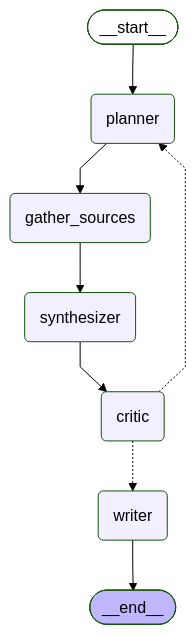
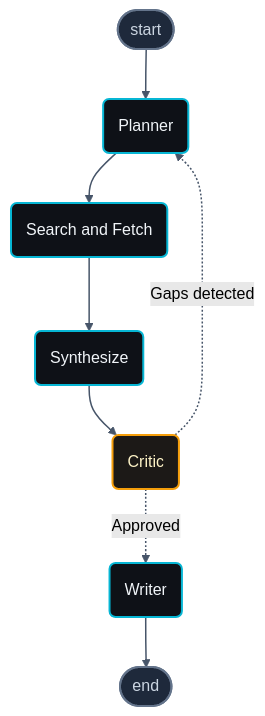
Before and after one commit to SebastianChM/deepresearch-agent: the diagram in docs/images/graph.mmd, drawn with Mermaid (forest theme). The commit also changed 4 other files, not shown here.

First line of the commit message:
refactor(docs): rebrand architecture diagram to match the dark cyan UI

```diff
--- a/docs/images/graph.mmd
+++ b/docs/images/graph.mmd
@@ -1,23 +1,19 @@
----
-config:
-  flowchart:
-    curve: linear
----
 graph TD;
-	__start__([<p>__start__</p>]):::first
-	planner(planner)
-	gather_sources(gather_sources)
-	synthesizer(synthesizer)
-	critic(critic)
-	writer(writer)
-	__end__([<p>__end__</p>]):::last
-	__start__ --> planner;
-	critic -.-> planner;
-	critic -.-> writer;
-	gather_sources --> synthesizer;
-	planner --> gather_sources;
-	synthesizer --> critic;
-	writer --> __end__;
-	classDef default fill:#f2f0ff,line-height:1.2
-	classDef first fill-opacity:0
-	classDef last fill:#bfb6fc
+    start([ start ]):::endpoint
+    planner(Planner):::node
+    gather(Search and Fetch):::node
+    synth(Synthesize):::node
+    critic(Critic):::loop
+    writer(Writer):::node
+    finish([ end ]):::endpoint
+    start --> planner;
+    planner --> gather;
+    gather --> synth;
+    synth --> critic;
+    critic -.->|Gaps detected| planner;
+    critic -.->|Approved| writer;
+    writer --> finish;
+    classDef node fill:#0e1117,stroke:#06b6d4,stroke-width:2px,color:#f1f5f9,rx:6,ry:6
+    classDef loop fill:#1c1917,stroke:#f59e0b,stroke-width:2px,color:#fef3c7,rx:6,ry:6
+    classDef endpoint fill:#1e293b,stroke:#64748b,color:#cbd5e1
+    linkStyle default stroke:#475569,stroke-width:1.5px
```
